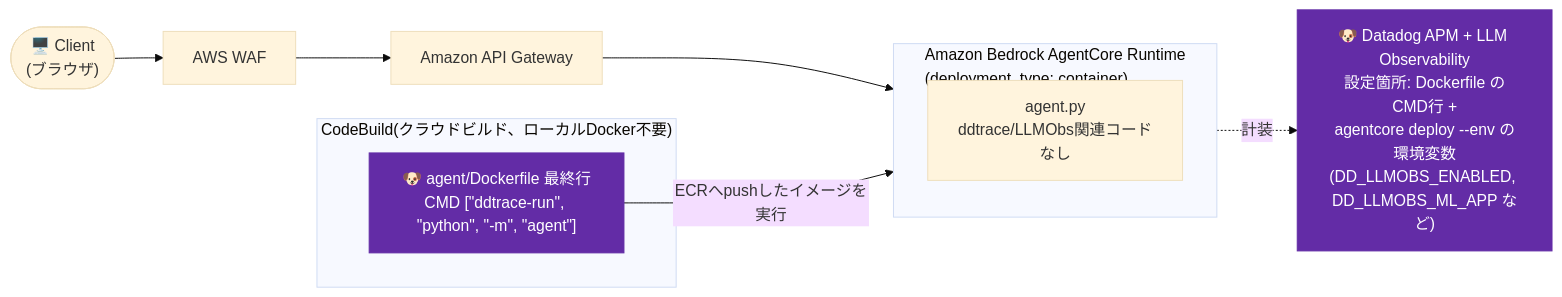
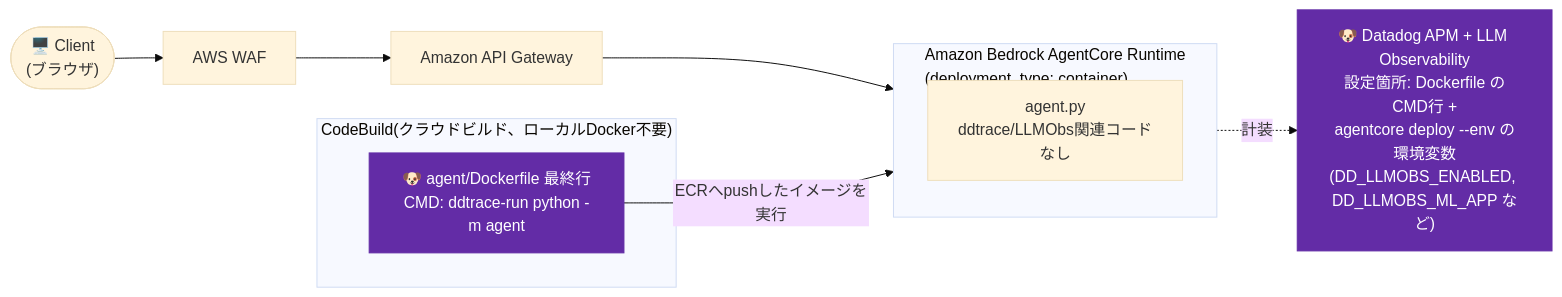
One commit to taka2noda/sample-ai-agent-architectures-agentcore changed the diagram in iteration-1-container-ddtrace-run/README.md. Above: the diagram before and after it, drawn with Mermaid (base theme).

Commit message:
Fix Mermaid parse error in iteration-1-container-ddtrace-run README
Escaped double quotes (&quot;) inside a node label broke GitHub's Mermaid
renderer (literal quotes terminate the label string early). Reworded the
Dockerfile CMD label to avoid quote characters entirely instead of escaping.

````diff
--- a/iteration-1-container-ddtrace-run/README.md
+++ b/iteration-1-container-ddtrace-run/README.md
@@ -18,23 +18,23 @@
 ```mermaid
 flowchart LR
     Client(["🖥️ Client<br/>(ブラウザ)"])
     WAF["AWS WAF"]
     APIGW["Amazon API Gateway"]
 
     subgraph Build["CodeBuild(クラウドビルド、ローカルDocker不要)"]
-        Dockerfile["🐶 agent/Dockerfile 最終行<br/>CMD [&quot;ddtrace-run&quot;, &quot;python&quot;, &quot;-m&quot;, &quot;agent&quot;]"]
+        Dockerfile["🐶 agent/Dockerfile 最終行<br/>CMD: ddtrace-run python -m agent"]
     end
 
     subgraph Runtime["Amazon Bedrock AgentCore Runtime<br/>(deployment_type: container)"]
         AgentPy["agent.py<br/>ddtrace/LLMObs関連コードなし"]
     end
 
     Client --> WAF --> APIGW --> Runtime
     Dockerfile -- "ECRへpushしたイメージを実行" --> Runtime
 
     DD["🐶 Datadog APM + LLM Observability<br/>設定箇所: Dockerfile のCMD行 +<br/>agentcore deploy --env の環境変数<br/>(DD_LLMOBS_ENABLED, DD_LLMOBS_ML_APP など)"]
     Runtime -. 計装 .-> DD
 
     style Dockerfile fill:#632CA6,stroke:#632CA6,color:#fff
     style DD fill:#632CA6,stroke:#632CA6,color:#fff
 ```
````
